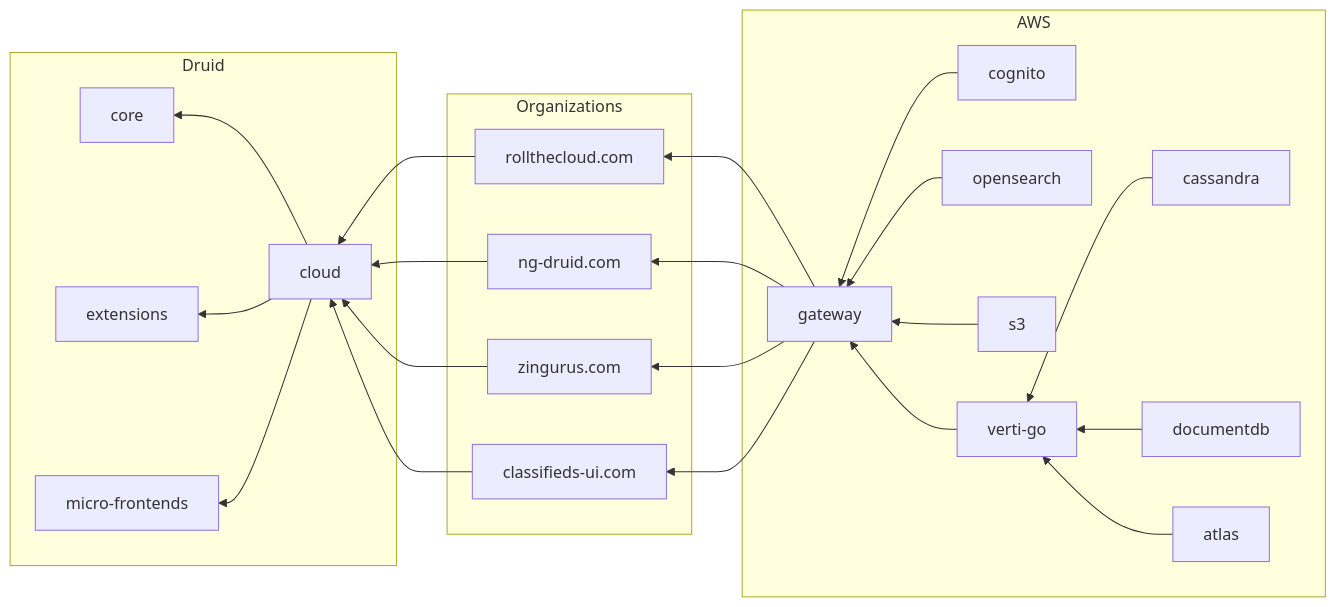
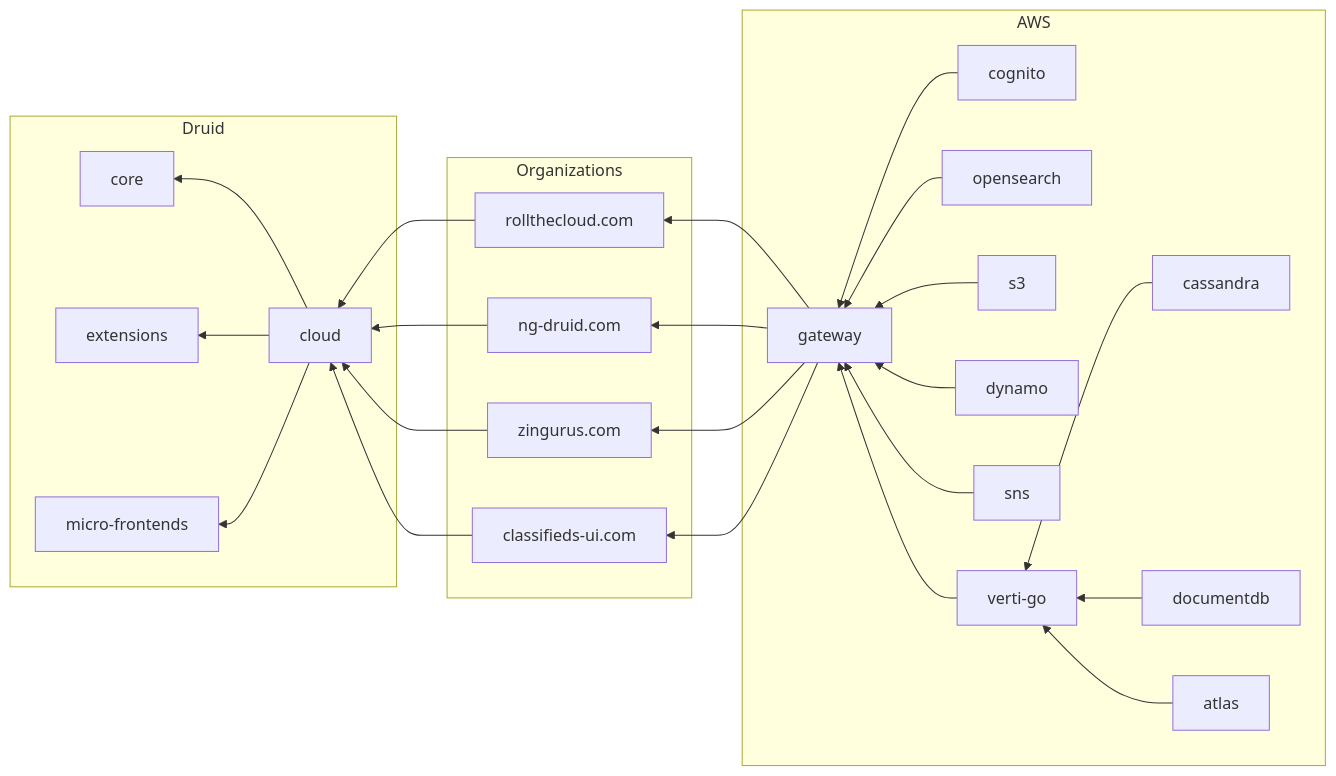
One commit to rollthecloudinc/quell changed the diagram in architecture/ecosystem/README.md. Above: the diagram before and after it, drawn with Mermaid.

````diff
--- a/architecture/ecosystem/README.md
+++ b/architecture/ecosystem/README.md
@@ -5,30 +5,32 @@
 ```mermaid
 flowchart RL
 subgraph Druid
 core
 extensions
 micro-frontends
 cloud-->core
 cloud-->extensions
 cloud-->micro-frontends
 end
 subgraph Organizations
 dcloud[rollthecloud.com]-->cloud
 druid2[ng-druid.com]-->cloud
 zingurus[zingurus.com]-->cloud
 classifieds-ui[classifieds-ui.com]-->cloud
 end
 subgraph AWS
 gateway-->dcloud
 gateway-->druid2
 gateway-->zingurus
 gateway-->classifieds-ui
 cognito-->gateway
 opensearch-->gateway
 s3-->gateway
+dynamo-->gateway
+sns-->gateway
 verti-go-->gateway
 cassandra-->verti-go
 documentdb-->verti-go
 atlas-->verti-go
 end
 ```
````
